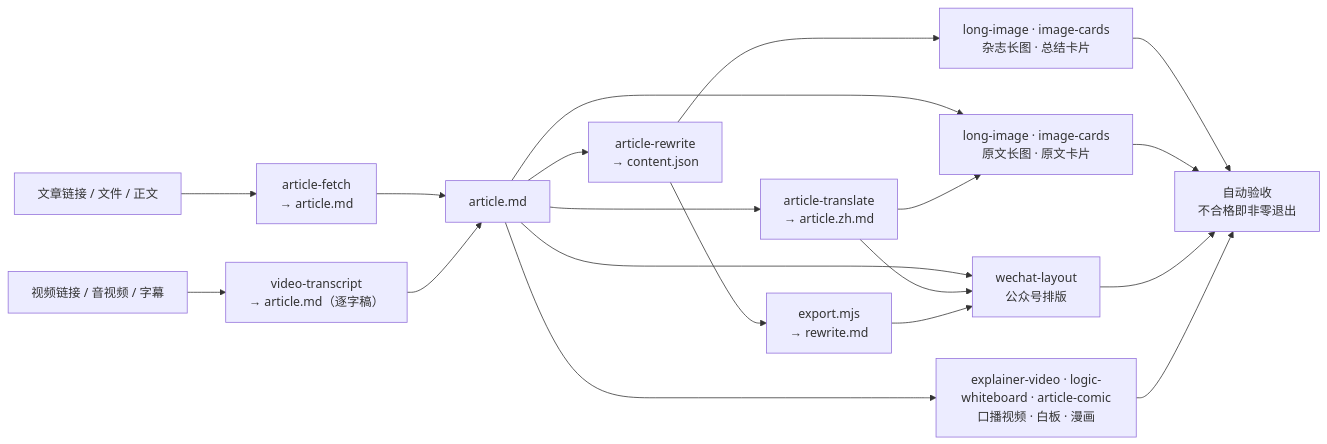
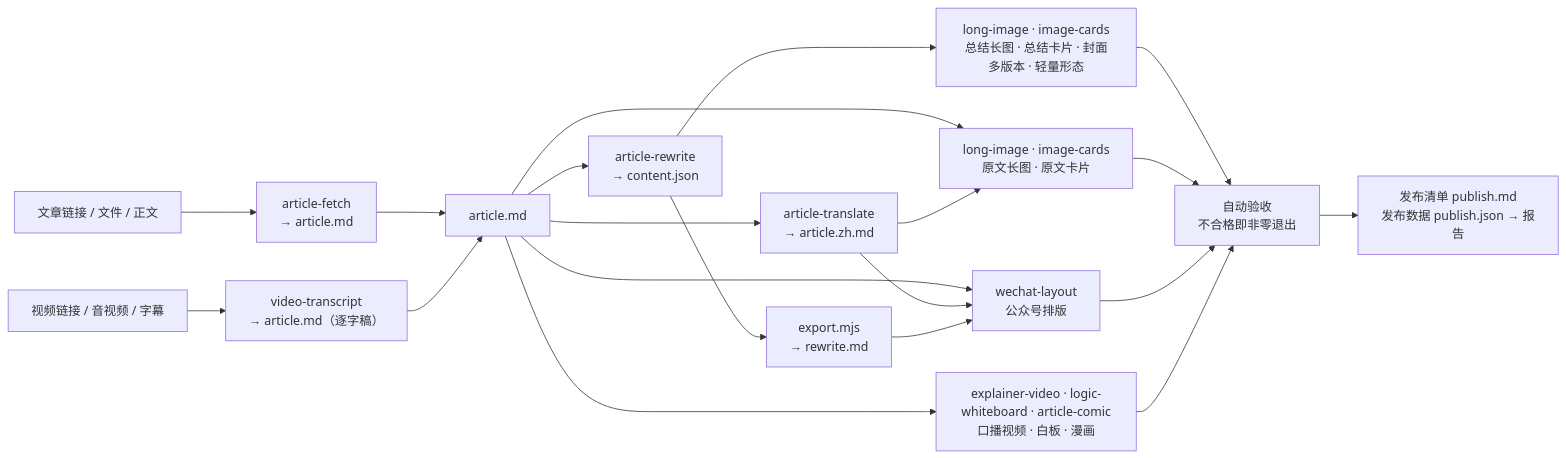
One commit to threerocks/article2media changed the diagram in README.md. Above: the diagram before and after it, drawn with Mermaid. The commit also changed other lines of this file and 2 other files, not shown here.

First line of the commit message:
docs: sync README with 2.2.0, new showcase image

````diff
--- a/README.md
+++ b/README.md
@@ -204,14 +217,15 @@
 ```mermaid
 flowchart LR
   IN["文章链接 / 文件 / 正文"] --> F["article-fetch<br/>→ article.md"]
   VIN["视频链接 / 音视频 / 字幕"] --> T["video-transcript<br/>→ article.md（逐字稿）"]
   F & T --> A["article.md"]
   A --> TR["article-translate<br/>→ article.zh.md"]
   A --> RW["article-rewrite<br/>→ content.json"]
   RW --> EX["export.mjs<br/>→ rewrite.md"]
-  RW --> LI["long-image · image-cards<br/>杂志长图 · 总结卡片"]
+  RW --> LI["long-image · image-cards<br/>总结长图 · 总结卡片 · 封面多版本 · 轻量形态"]
   A & TR --> OR["long-image · image-cards<br/>原文长图 · 原文卡片"]
   A & TR & EX --> WX["wechat-layout<br/>公众号排版"]
   A --> V["explainer-video · logic-whiteboard · article-comic<br/>口播视频 · 白板 · 漫画"]
   LI & OR & WX & V --> QA["自动验收<br/>不合格即非零退出"]
+  QA --> PB["发布清单 publish.md<br/>发布数据 publish.json → 报告"]
 ```
````
